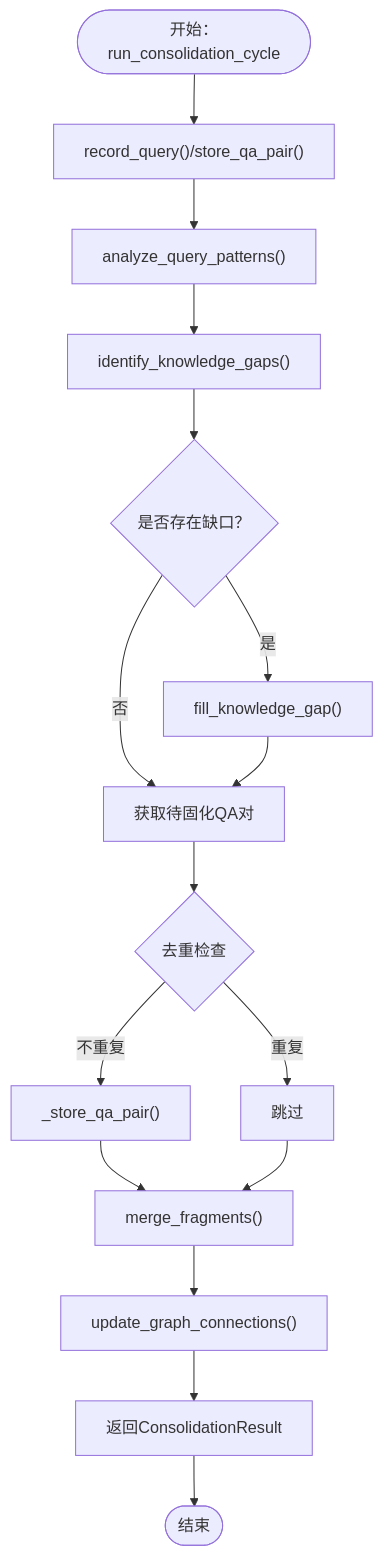
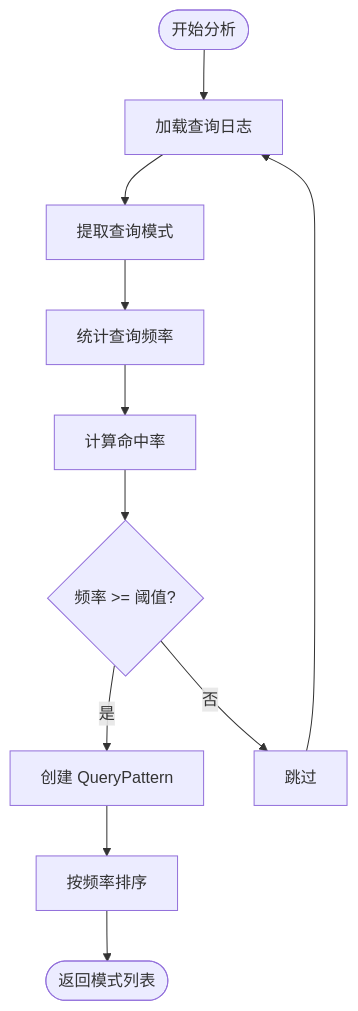
Before and after one commit to JieGaoPrinceton/NecoRAG: the fourth of 12 diagrams in .qoder/repowiki/zh/content/巩固层模块/知识固化系统.md, drawn with Mermaid. The commit also changed other lines of this file and 181 other files, not shown here.

````diff
--- a/.qoder/repowiki/zh/content/巩固层模块/知识固化系统.md
+++ b/.qoder/repowiki/zh/content/巩固层模块/知识固化系统.md
@@ -169,18 +190,13 @@
 ```mermaid
 flowchart TD
-Start(["开始：run_consolidation_cycle"]) --> Record["record_query()/store_qa_pair()"]
-Record --> Analyze["analyze_query_patterns()"]
-Analyze --> Identify["identify_knowledge_gaps()"]
-Identify --> GapLoop{"是否存在缺口？"}
-GapLoop --> |是| Fill["fill_knowledge_gap()"]
-GapLoop --> |否| Pending["获取待固化QA对"]
-Fill --> Pending
-Pending --> Dedup{"去重检查"}
-Dedup --> |重复| Skip["跳过"]
-Dedup --> |不重复| Store["_store_qa_pair()"]
-Store --> Merge["merge_fragments()"]
-Skip --> Merge
-Merge --> Update["update_graph_connections()"]
-Update --> Result["返回ConsolidationResult"]
-Result --> End(["结束"])
+Start([开始分析]) --> LoadLog["加载查询日志"]
+LoadLog --> ExtractPattern["提取查询模式"]
+ExtractPattern --> CountFreq["统计查询频率"]
+CountFreq --> CalcHitRate["计算命中率"]
+CalcHitRate --> FilterHighFreq{"频率 >= 阈值?"}
+FilterHighFreq --> |是| CreatePattern["创建 QueryPattern"]
+FilterHighFreq --> |否| Skip["跳过"]
+CreatePattern --> Sort["按频率排序"]
+Sort --> End([返回模式列表])
+Skip --> LoadLog
 ```
````
